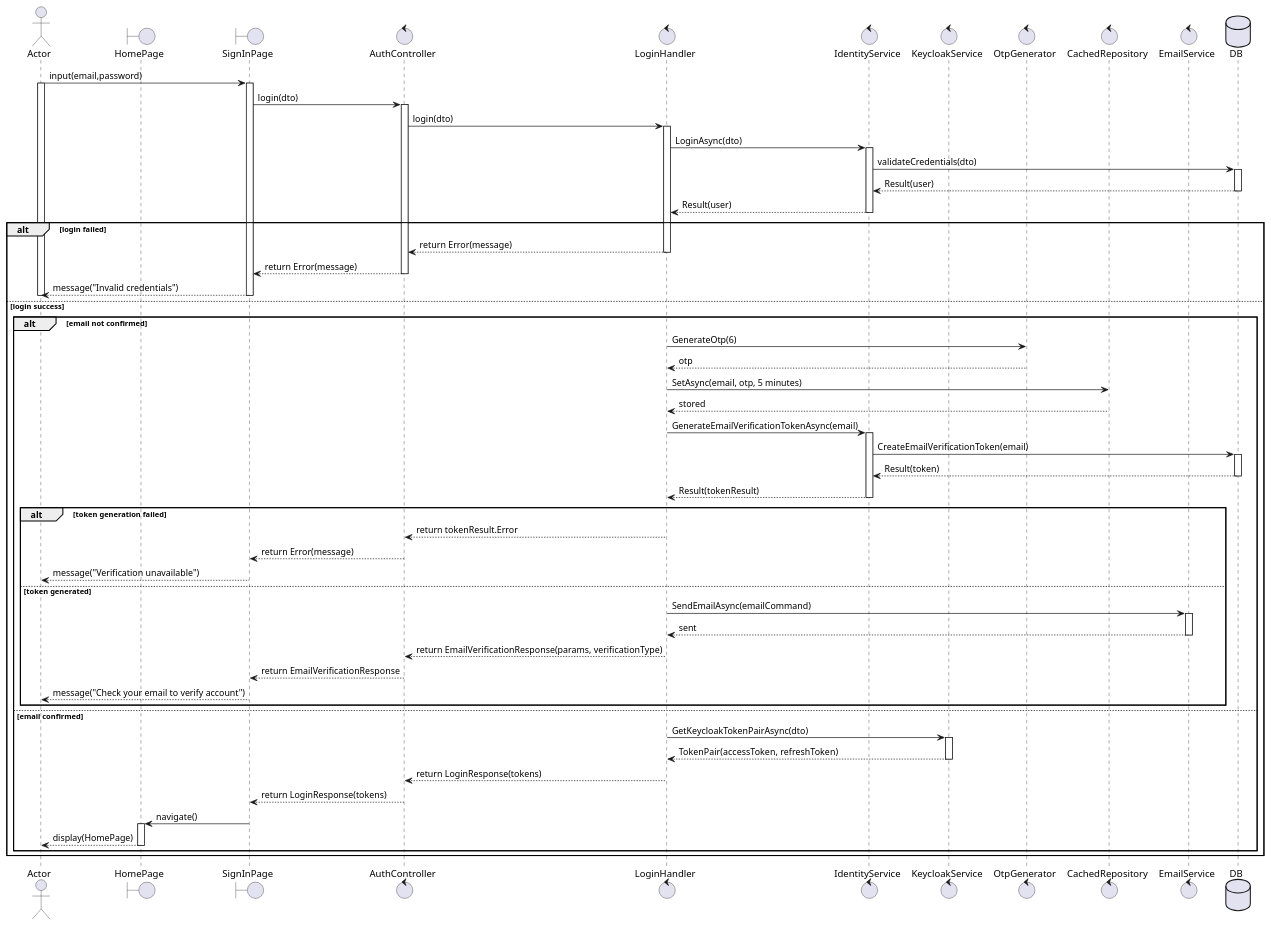
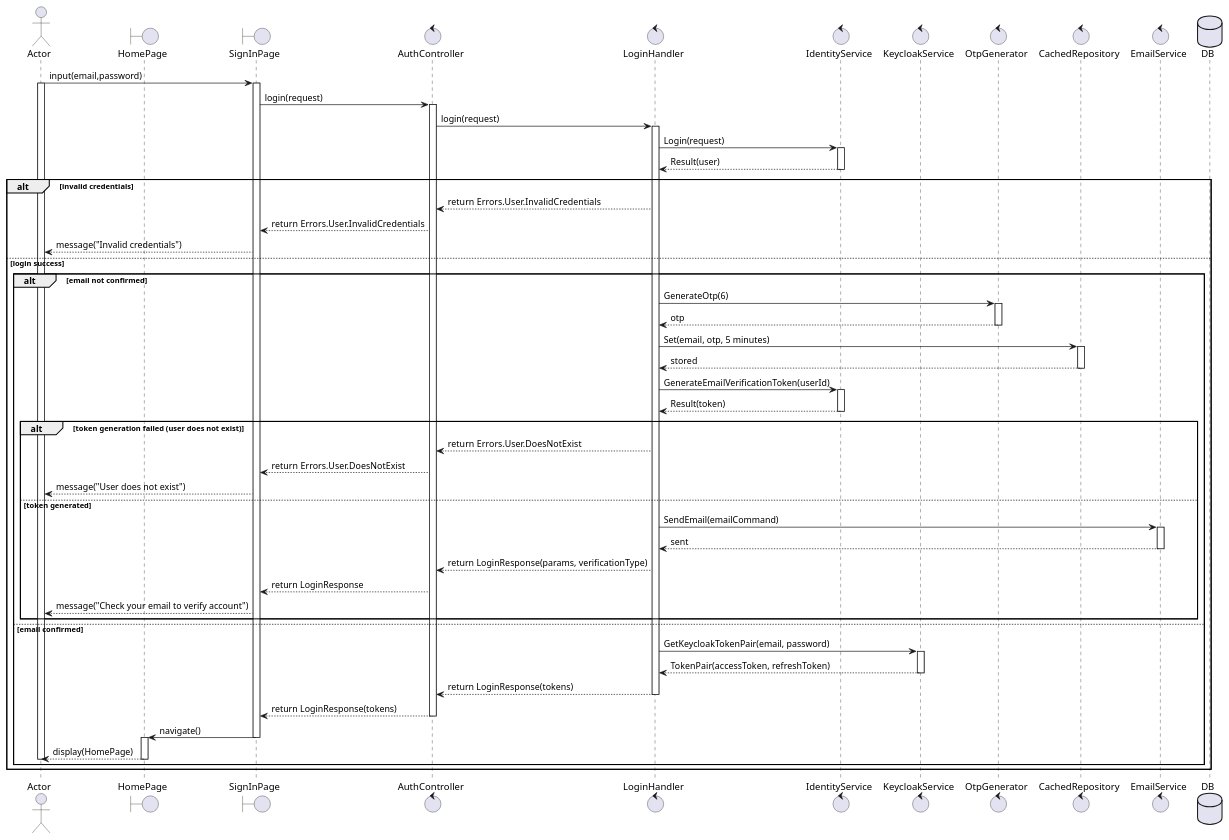
Before and after one commit to Young-Z-Generation-YZG/your-comfort-my-apple: the diagram in docs/usecases/UC2_login.plantuml, drawn with PlantUML. The commit also changed 13 other files, not shown here.

```diff
--- a/docs/usecases/UC2_login.plantuml
+++ b/docs/usecases/UC2_login.plantuml
@@ -1,98 +1,78 @@
-@startuml
+@startuml UC2_login
 actor Actor
 boundary HomePage
 boundary SignInPage
 control AuthController
 control LoginHandler
 control IdentityService
 control KeycloakService
 control OtpGenerator
 control CachedRepository
 control EmailService
 database DB
 
 Actor -> SignInPage: input(email,password)
 activate Actor
 activate SignInPage
 
-SignInPage -> AuthController: login(dto)
+SignInPage -> AuthController: login(request)
 activate AuthController
 
-AuthController -> LoginHandler: login(dto)
+AuthController -> LoginHandler: login(request)
 activate LoginHandler
 
-LoginHandler -> IdentityService: LoginAsync(dto)
+LoginHandler -> IdentityService: Login(request)
 activate IdentityService
-IdentityService -> DB: validateCredentials(dto)
-activate DB
-DB --> IdentityService: Result(user)
-deactivate DB
 IdentityService --> LoginHandler: Result(user)
 deactivate IdentityService
 
-alt login failed
-    LoginHandler --> AuthController: return Error(message)
-    deactivate LoginHandler
-    AuthController --> SignInPage: return Error(message)
-    deactivate AuthController
+alt invalid credentials
+    LoginHandler --> AuthController: return Errors.User.InvalidCredentials
+    AuthController --> SignInPage: return Errors.User.InvalidCredentials
     SignInPage --> Actor: message("Invalid credentials")
-    deactivate SignInPage
-    deactivate Actor
 else login success
     alt email not confirmed
         LoginHandler -> OtpGenerator: GenerateOtp(6)
+        activate OtpGenerator
         OtpGenerator --> LoginHandler: otp
-
-        LoginHandler -> CachedRepository: SetAsync(email, otp, 5 minutes)
+        deactivate OtpGenerator
+        LoginHandler -> CachedRepository: Set(email, otp, 5 minutes)
+        activate CachedRepository
         CachedRepository --> LoginHandler: stored
-
-        LoginHandler -> IdentityService: GenerateEmailVerificationTokenAsync(email)
+        deactivate CachedRepository
+        LoginHandler -> IdentityService: GenerateEmailVerificationToken(userId)
         activate IdentityService
-        IdentityService -> DB: CreateEmailVerificationToken(email)
-        activate DB
-        DB --> IdentityService: Result(token)
-        deactivate DB
-        IdentityService --> LoginHandler: Result(tokenResult)
+        IdentityService --> LoginHandler: Result(token)
         deactivate IdentityService
-
-        alt token generation failed
-            LoginHandler --> AuthController: return tokenResult.Error
-            deactivate LoginHandler
-            AuthController --> SignInPage: return Error(message)
-            deactivate AuthController
-            SignInPage --> Actor: message("Verification unavailable")
-            deactivate SignInPage
-            deactivate Actor
+        alt token generation failed (user does not exist)
+            LoginHandler --> AuthController: return Errors.User.DoesNotExist
+            AuthController --> SignInPage: return Errors.User.DoesNotExist
+            SignInPage --> Actor: message("User does not exist")
         else token generated
-            LoginHandler -> EmailService: SendEmailAsync(emailCommand)
+            LoginHandler -> EmailService: SendEmail(emailCommand)
             activate EmailService
             EmailService --> LoginHandler: sent
             deactivate EmailService
-
-            LoginHandler --> AuthController: return EmailVerificationResponse(params, verificationType)
-            deactivate LoginHandler
-            AuthController --> SignInPage: return EmailVerificationResponse
-            deactivate AuthController
+            LoginHandler --> AuthController: return LoginResponse(params, verificationType)
+            AuthController --> SignInPage: return LoginResponse
             SignInPage --> Actor: message("Check your email to verify account")
-            deactivate SignInPage
-            deactivate Actor
         end
     else email confirmed
-        LoginHandler -> KeycloakService: GetKeycloakTokenPairAsync(dto)
+        LoginHandler -> KeycloakService: GetKeycloakTokenPair(email, password)
         activate KeycloakService
         KeycloakService --> LoginHandler: TokenPair(accessToken, refreshToken)
         deactivate KeycloakService
 
         LoginHandler --> AuthController: return LoginResponse(tokens)
         deactivate LoginHandler
         AuthController --> SignInPage: return LoginResponse(tokens)
         deactivate AuthController
         SignInPage -> HomePage: navigate()
+        deactivate SignInPage
         activate HomePage
         HomePage --> Actor: display(HomePage)
         deactivate HomePage
-        deactivate SignInPage
         deactivate Actor
     end
 end
 @enduml
```
